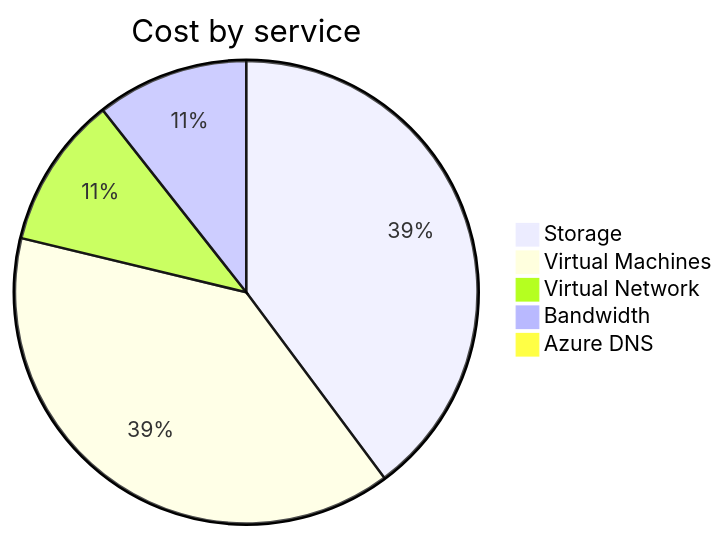
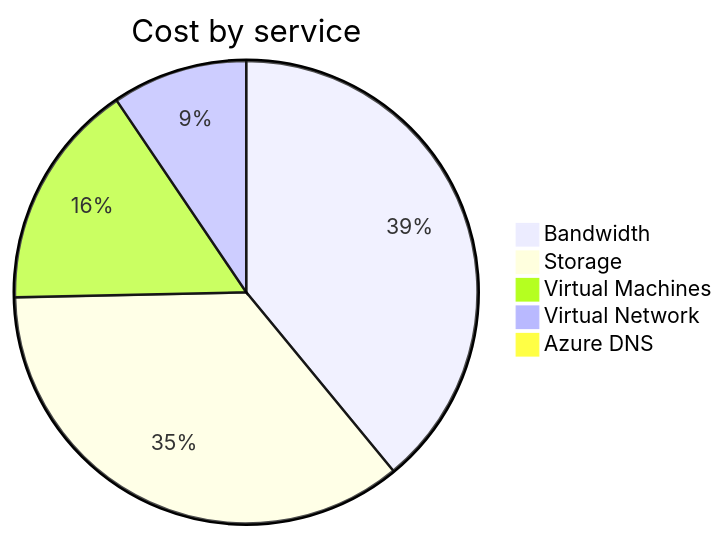
Before and after one commit to jpfulton/azure-personal-reports: the second of 4 diagrams in cost-reports/personal-network/README.md, drawn with Mermaid. The commit also changed other lines of this file and 8 other files, not shown here.

````diff
--- a/cost-reports/personal-network/README.md
+++ b/cost-reports/personal-network/README.md
@@ -95,9 +95,9 @@
 ```mermaid
 pie
    title Cost by service
-   "Storage" : 0.45
-   "Virtual Machines" : 0.44
-   "Virtual Network" : 0.12
-   "Bandwidth" : 0.12
-   "Azure DNS" : 0.01
+   "Bandwidth" : 1.94
+   "Storage" : 1.77
+   "Virtual Machines" : 0.79
+   "Virtual Network" : 0.47
+   "Azure DNS" : 0.03
 ```
````
